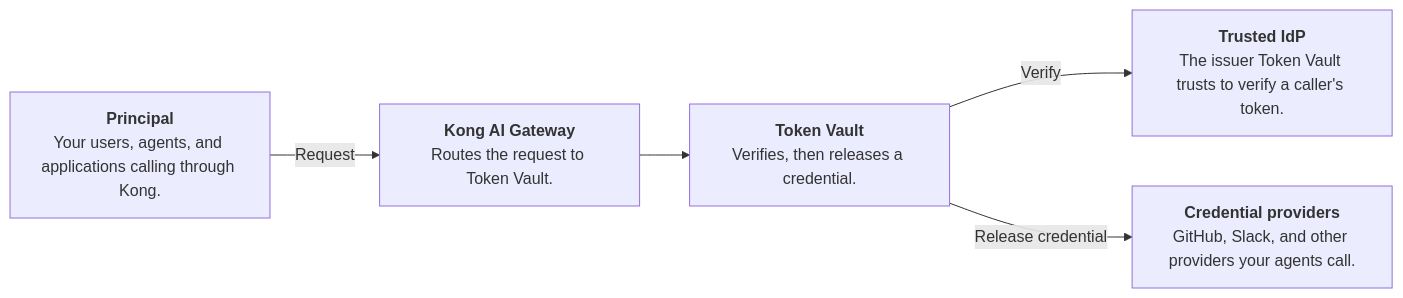
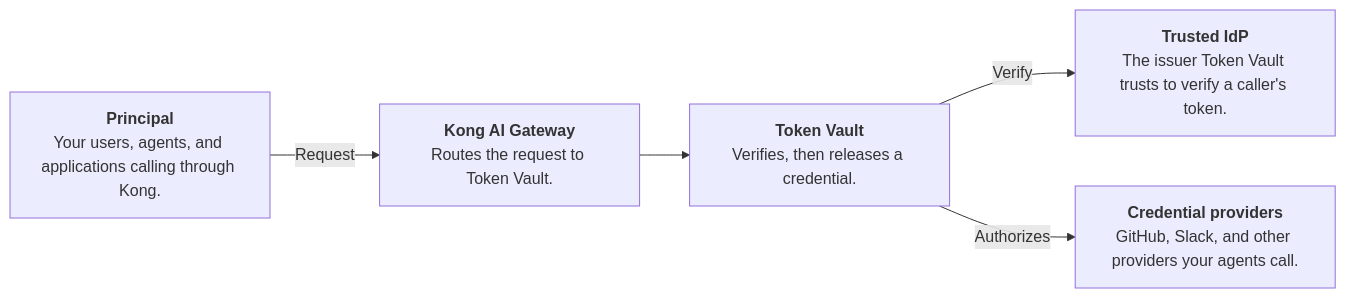
Before and after one commit to Kong/developer.konghq.com: the diagram in app/_includes/diagrams/token-vault.md, drawn with Mermaid. The commit also changed 1 other file, not shown here.

Commit message:
Apply batched suggestions from code review

```diff
--- a/app/_includes/diagrams/token-vault.md
+++ b/app/_includes/diagrams/token-vault.md
@@ -2,12 +2,12 @@
 {% mermaid %}
 flowchart LR
     principal["<b>Principal</b><br/>Your users, agents, and applications calling through Kong."]
     gateway["<b>Kong AI Gateway</b><br/>Routes the request to Token Vault."]
     vault["<b>Token Vault</b><br/>Verifies, then releases a credential."]
     idp["<b>Trusted IdP</b><br/>The issuer Token Vault trusts to verify a caller's token."]
     providers["<b>Credential providers</b><br/>GitHub, Slack, and other providers your agents call."]
     principal -->|Request| gateway
     gateway --> vault
     vault -->|Verify| idp
-    vault -->|Release credential| providers
+    vault -->|Authorizes| providers
 {% endmermaid %}
```
